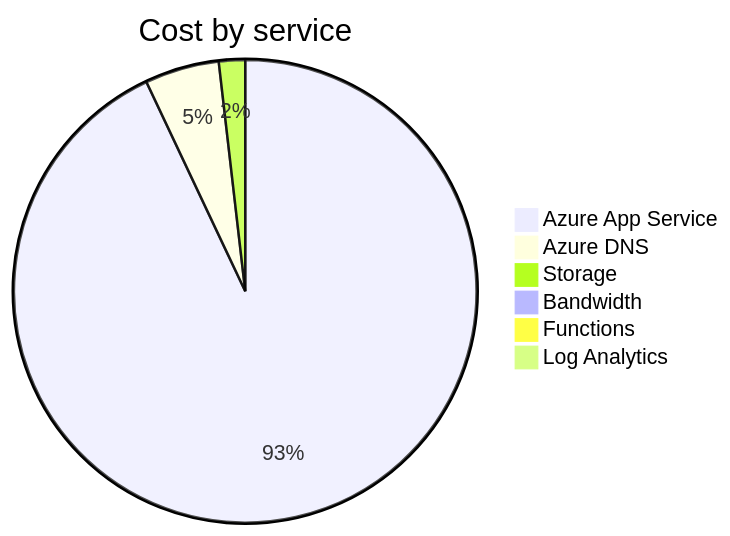
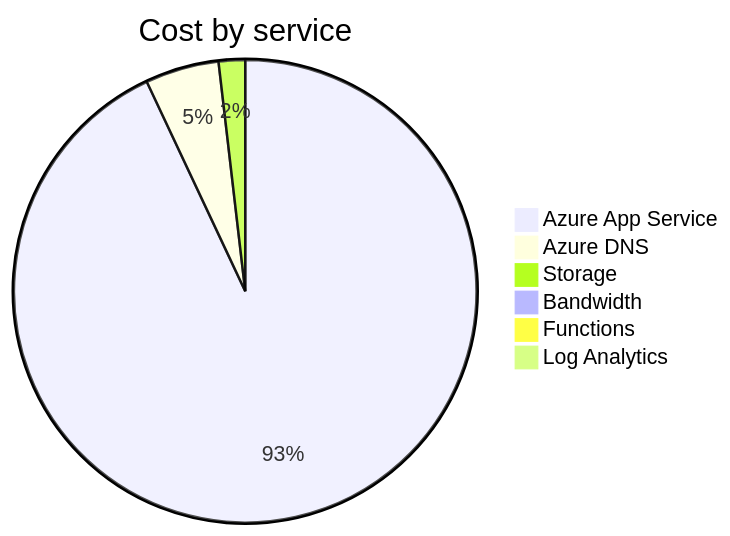
Before and after one commit to jpfulton/azure-personal-reports: the second of 4 diagrams in cost-reports/accumulated-cost.md, drawn with Mermaid. The commit also changed other lines of this file and 4 other files, not shown here.

````diff
--- a/cost-reports/accumulated-cost.md
+++ b/cost-reports/accumulated-cost.md
@@ -100,10 +100,10 @@
 ```mermaid
 pie
    title Cost by service
-   "Azure App Service" : 6.09
-   "Azure DNS" : 0.34
-   "Storage" : 0.12
+   "Azure App Service" : 7.05
+   "Azure DNS" : 0.39
+   "Storage" : 0.14
    "Bandwidth" : 0.00
    "Functions" : 0.00
    "Log Analytics" : 0.00
 ```
````
